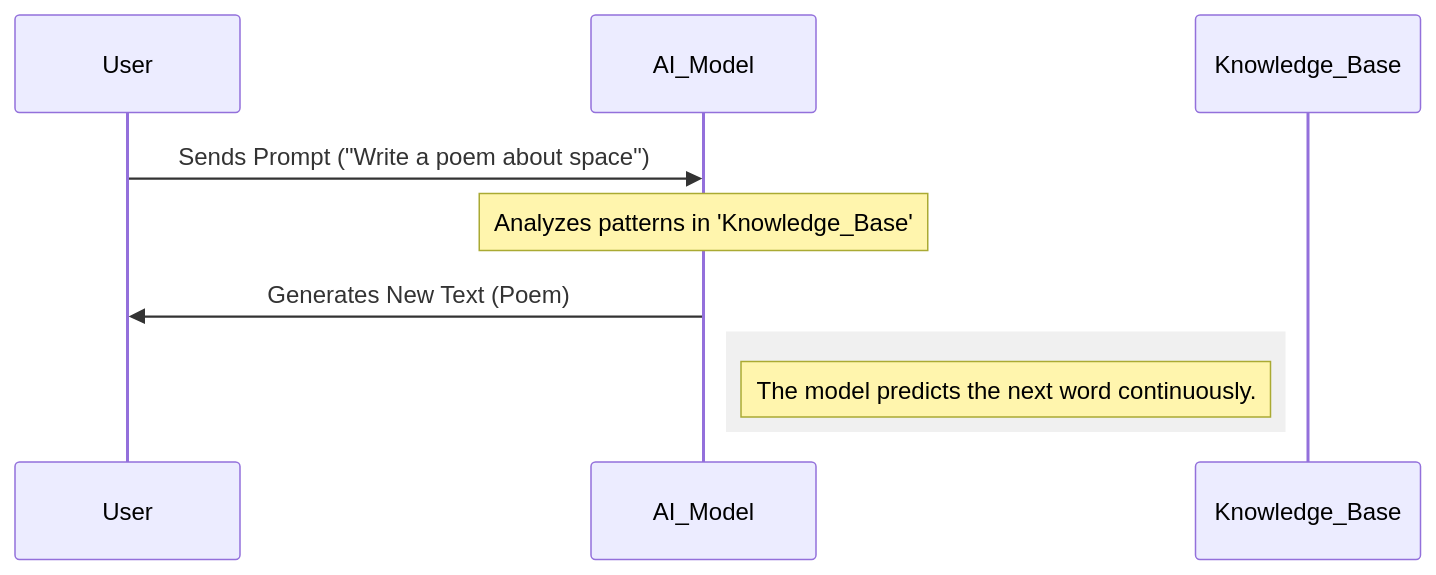
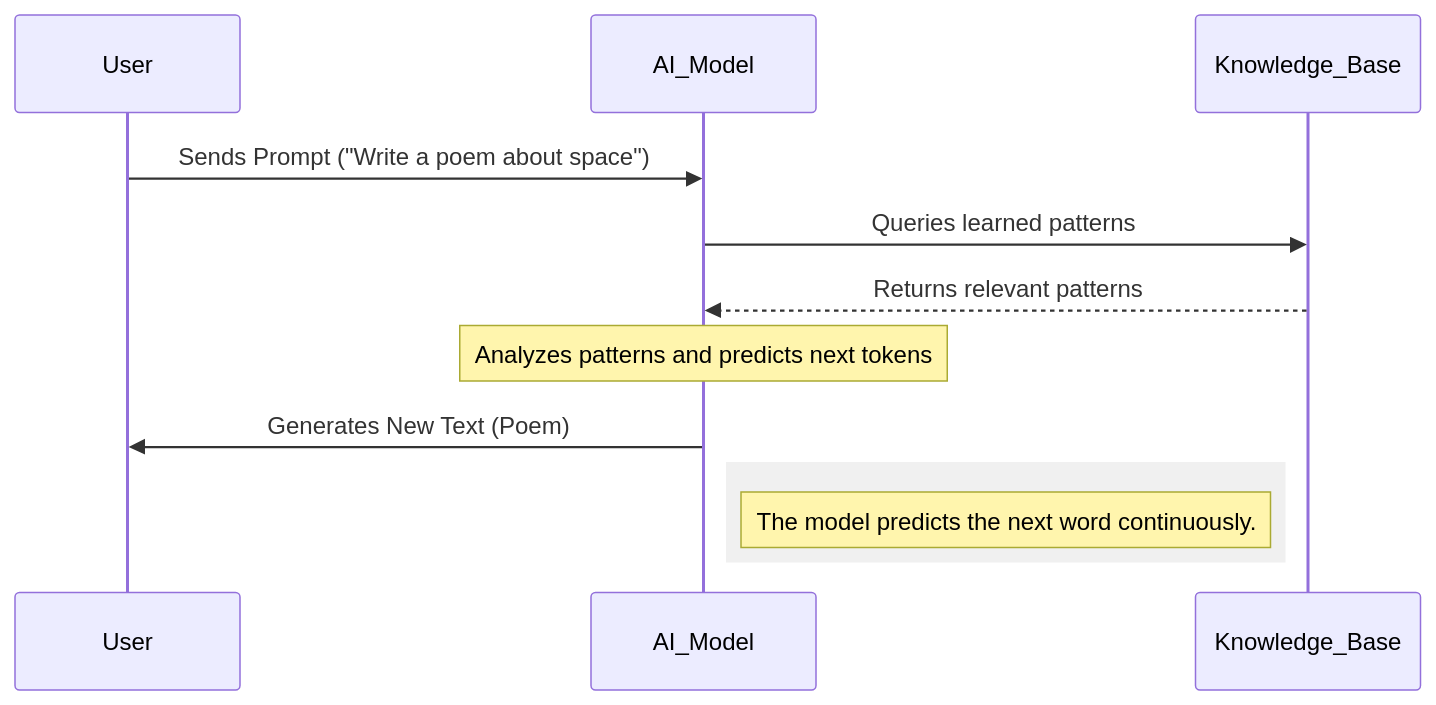
The third of 4 diagrams in Day1_Intro_to_GenAI.md (parimargu/learn-generative-ai-in-101-days-genai-for-beginners), drawn with Mermaid before and after one commit. The commit also changed other lines of this file and 1 other file, not shown here.

````diff
--- a/Day1_Intro_to_GenAI.md
+++ b/Day1_Intro_to_GenAI.md
@@ -85,14 +95,16 @@
 ```mermaid
 sequenceDiagram
     participant User
     participant AI_Model
     participant Knowledge_Base
 
     User->>AI_Model: Sends Prompt ("Write a poem about space")
-    Note over AI_Model: Analyzes patterns in 'Knowledge_Base'
+    AI_Model->>Knowledge_Base: Queries learned patterns
+    Knowledge_Base-->>AI_Model: Returns relevant patterns
+    Note over AI_Model: Analyzes patterns and predicts next tokens
     AI_Model->>User: Generates New Text (Poem)
     
     rect rgb(240, 240, 240)
     Note right of AI_Model: The model predicts the next word continuously.
     end
 ```
````
